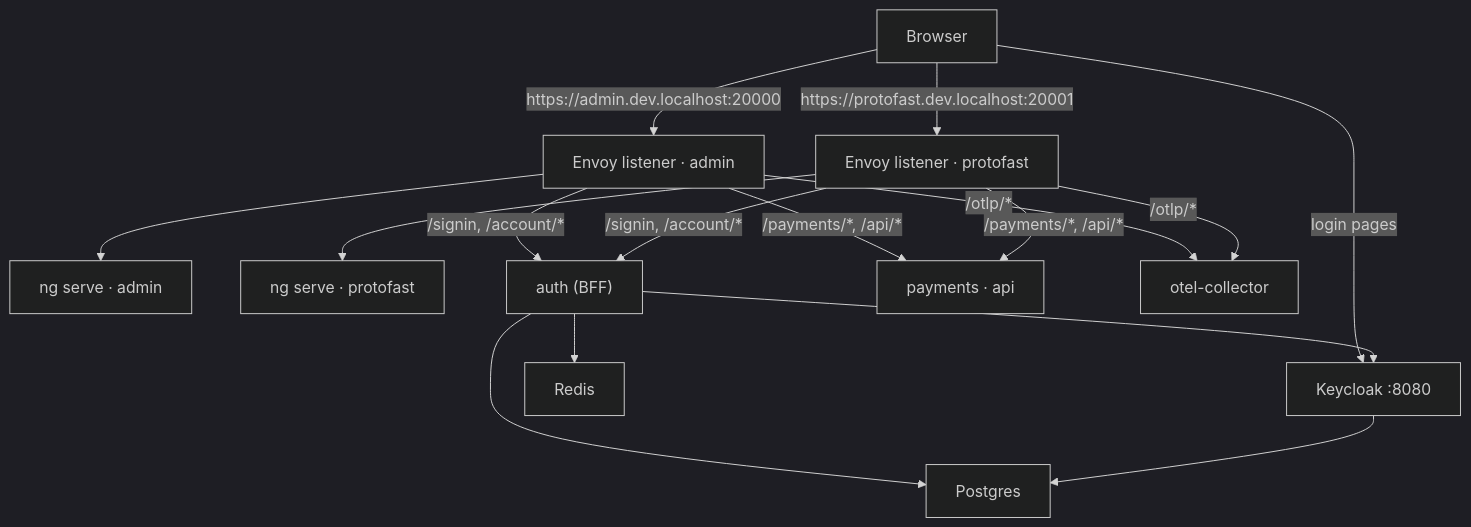
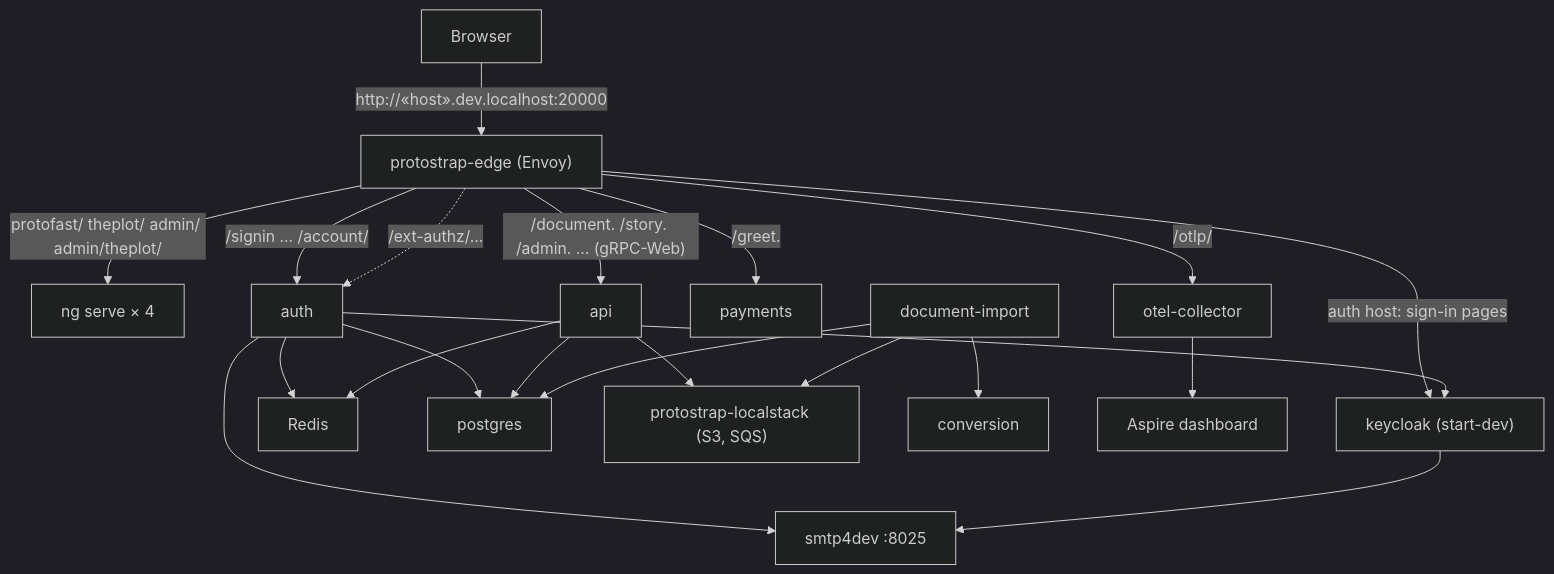
One commit to duncan-G/ProtoFast changed the first of 2 diagrams in docs/01-topology.md. Above: the diagram before and after it, drawn with Mermaid (dark theme). The commit also changed other lines of this file and 445 other files, not shown here.

````diff
--- a/docs/01-topology.md
+++ b/docs/01-topology.md
@@ -31,15 +53,16 @@
 ```mermaid
 graph TD
-    Browser -->|https://admin.dev.localhost:20000| EnvoyAdmin["Envoy listener · admin"]
-    Browser -->|https://protofast.dev.localhost:20001| EnvoyPF["Envoy listener · protofast"]
-    EnvoyAdmin --> NgAdmin["ng serve · admin"]
-    EnvoyPF --> NgPF["ng serve · protofast"]
-    EnvoyAdmin & EnvoyPF -->|"/signin, /account/*"| Auth["auth (BFF)"]
-    EnvoyAdmin & EnvoyPF -->|"/payments/*, /api/*"| Svcs["payments · api"]
-    EnvoyAdmin & EnvoyPF -->|"/otlp/*"| Otel["otel-collector"]
-    Browser -->|"login pages"| KC["Keycloak :8080"]
-    Auth --> KC
-    Auth --> Redis
-    Auth --> PG["Postgres"]
-    KC --> PG
+    Browser -->|"http://«host».dev.localhost:20000"| Edge["protostrap-edge (Envoy)"]
+    Edge -->|"protofast/ theplot/ admin/ admin/theplot/"| Ng["ng serve × 4"]
+    Edge -->|"/signin … /account/"| Auth["auth"]
+    Edge -->|"/document. /story. /admin. … (gRPC-Web)"| Api["api"]
+    Edge -->|"/greet."| Pay["payments"]
+    Edge -->|"auth host: sign-in pages"| KC["keycloak (start-dev)"]
+    Edge -->|"/otlp/"| Otel["otel-collector"]
+    Edge -.->|"/ext-authz/…"| Auth
+    Auth --> KC & Redis & PG["postgres"]
+    Api --> PG & Redis & LS["protostrap-localstack (S3, SQS)"]
+    Import["document-import"] --> LS & Conv["conversion"] & PG
+    Auth & KC --> Smtp["smtp4dev :8025"]
+    Otel --> Dash["Aspire dashboard"]
 ```
````
